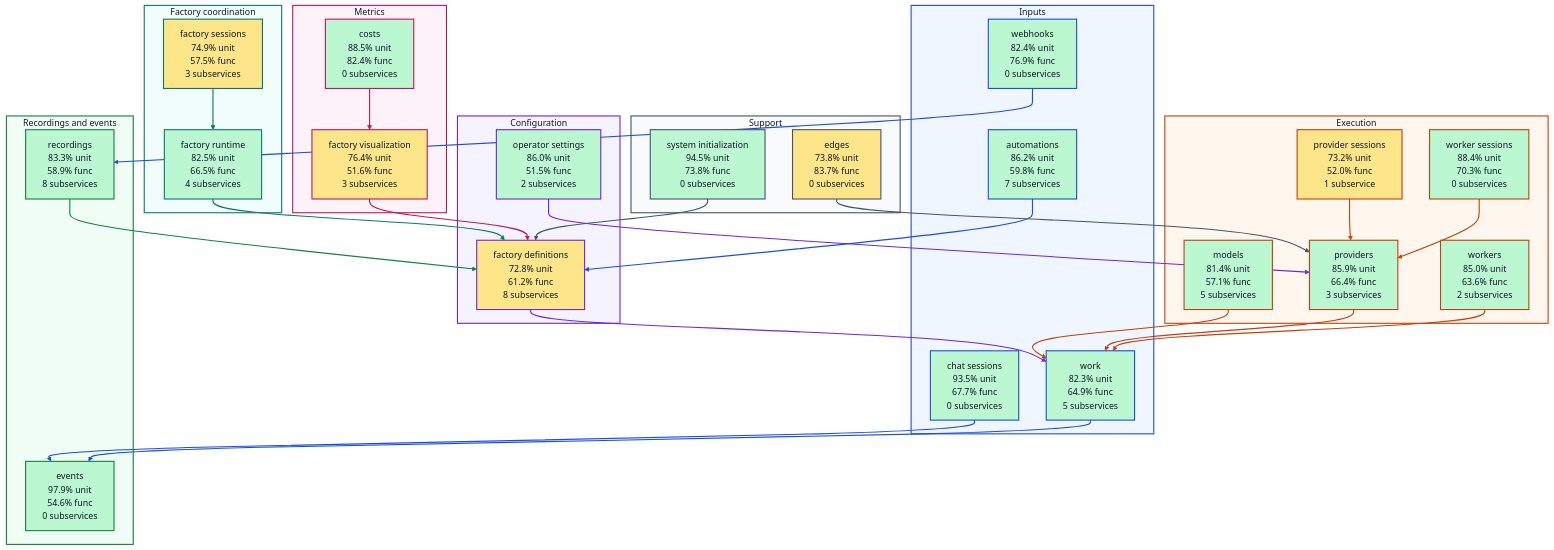
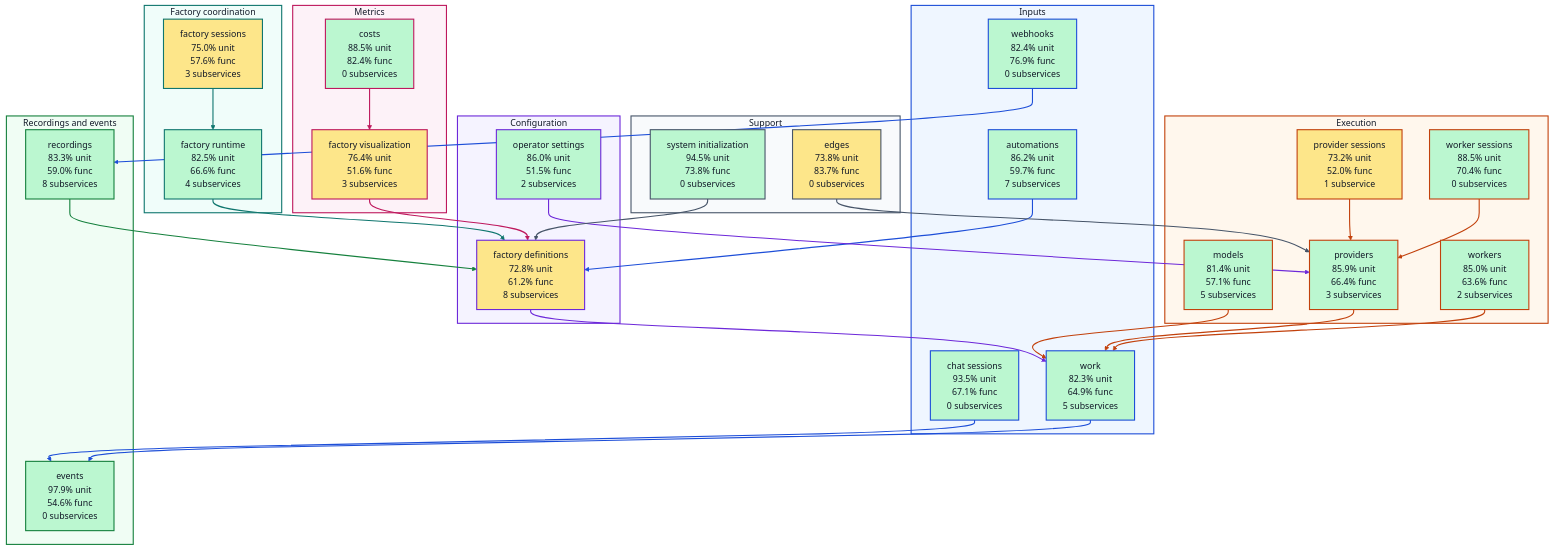
Before and after one commit to portpowered/you-agent-factory: the diagram in docs/architecture/visualizations/high-level-test-coverage.md, drawn with Mermaid. The commit also changed other lines of this file and 20 other files, not shown here.

Commit message:
docs: refresh backend architecture visualizations

````diff
--- a/docs/architecture/visualizations/high-level-test-coverage.md
+++ b/docs/architecture/visualizations/high-level-test-coverage.md
@@ -11,8 +11,8 @@
 ```mermaid
 flowchart TB
   subgraph input["Inputs"]
-    s_services_automations["automations<br/>86.2% unit<br/>59.8% func<br/>7 subservices"]
-    s_services_chat_sessions["chat sessions<br/>93.5% unit<br/>67.7% func<br/>0 subservices"]
+    s_services_automations["automations<br/>86.2% unit<br/>59.7% func<br/>7 subservices"]
+    s_services_chat_sessions["chat sessions<br/>93.5% unit<br/>67.1% func<br/>0 subservices"]
     s_services_webhooks["webhooks<br/>82.4% unit<br/>76.9% func<br/>0 subservices"]
     s_services_work["work<br/>82.3% unit<br/>64.9% func<br/>5 subservices"]
   end
@@ -21,19 +21,19 @@
     s_services_operator_settings["operator settings<br/>86.0% unit<br/>51.5% func<br/>2 subservices"]
   end
   subgraph coordination["Factory coordination"]
-    s_services_factory_runtime["factory runtime<br/>82.5% unit<br/>66.5% func<br/>4 subservices"]
-    s_services_factory_sessions["factory sessions<br/>74.9% unit<br/>57.5% func<br/>3 subservices"]
+    s_services_factory_runtime["factory runtime<br/>82.5% unit<br/>66.6% func<br/>4 subservices"]
+    s_services_factory_sessions["factory sessions<br/>75.0% unit<br/>57.6% func<br/>3 subservices"]
   end
   subgraph execution["Execution"]
     s_services_models["models<br/>81.4% unit<br/>57.1% func<br/>5 subservices"]
     s_services_provider_sessions["provider sessions<br/>73.2% unit<br/>52.0% func<br/>1 subservice"]
     s_services_providers["providers<br/>85.9% unit<br/>66.4% func<br/>3 subservices"]
-    s_services_worker_sessions["worker sessions<br/>88.4% unit<br/>70.3% func<br/>0 subservices"]
+    s_services_worker_sessions["worker sessions<br/>88.5% unit<br/>70.4% func<br/>0 subservices"]
     s_services_workers["workers<br/>85.0% unit<br/>63.6% func<br/>2 subservices"]
   end
   subgraph recordings["Recordings and events"]
     s_services_events["events<br/>97.9% unit<br/>54.6% func<br/>0 subservices"]
-    s_services_recordings["recordings<br/>83.3% unit<br/>58.9% func<br/>8 subservices"]
+    s_services_recordings["recordings<br/>83.3% unit<br/>59.0% func<br/>8 subservices"]
   end
   subgraph metrics["Metrics"]
     s_services_costs["costs<br/>88.5% unit<br/>82.4% func<br/>0 subservices"]
````
